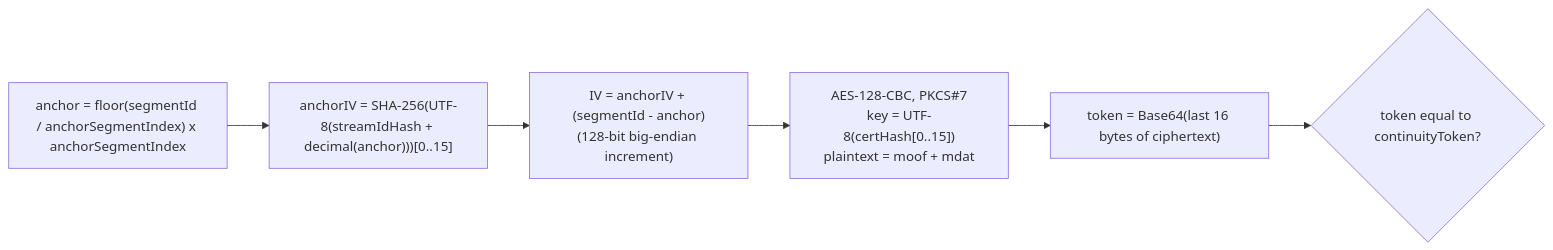
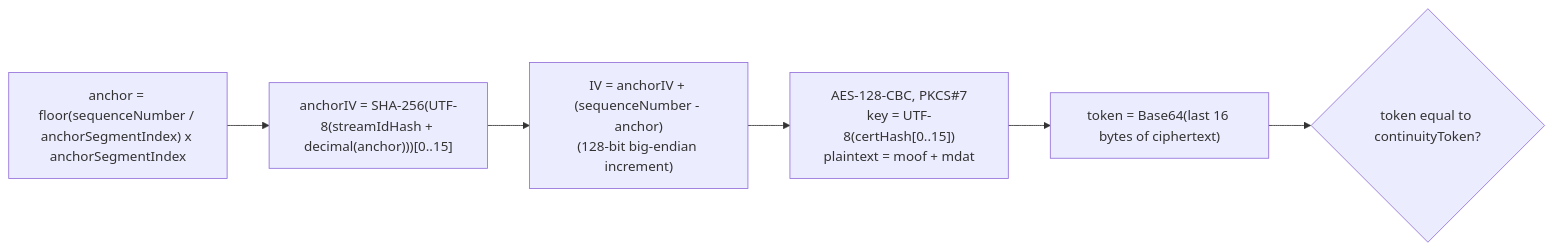
Before and after one commit to c2pa-org/public-testfiles: the fourth of 5 diagrams in 2.3/Video/Per-segment-C2PA-Manifest-Box-method/C2PA-Live-Segment-Validation.md, drawn with Mermaid. The commit also changed other lines of this file and 42 other files, not shown here.

````diff
--- a/2.3/Video/Per-segment-C2PA-Manifest-Box-method/C2PA-Live-Segment-Validation.md
+++ b/2.3/Video/Per-segment-C2PA-Manifest-Box-method/C2PA-Live-Segment-Validation.md
@@ -251,8 +292,8 @@
 ```mermaid
 flowchart LR
-  A["anchor = floor(segmentId / anchorSegmentIndex) x anchorSegmentIndex"] --> H["anchorIV = SHA-256(UTF-8(streamIdHash + decimal(anchor)))[0..15]"]
-  H --> INC["IV = anchorIV + (segmentId - anchor)<br/>(128-bit big-endian increment)"]
+  A["anchor = floor(sequenceNumber / anchorSegmentIndex) x anchorSegmentIndex"] --> H["anchorIV = SHA-256(UTF-8(streamIdHash + decimal(anchor)))[0..15]"]
+  H --> INC["IV = anchorIV + (sequenceNumber - anchor)<br/>(128-bit big-endian increment)"]
   INC --> ENC["AES-128-CBC, PKCS#7<br/>key = UTF-8(certHash[0..15])<br/>plaintext = moof + mdat"]
   ENC --> LAST["token = Base64(last 16 bytes of ciphertext)"]
   LAST --> CMP{"token equal to continuityToken?"}
 ```
````
